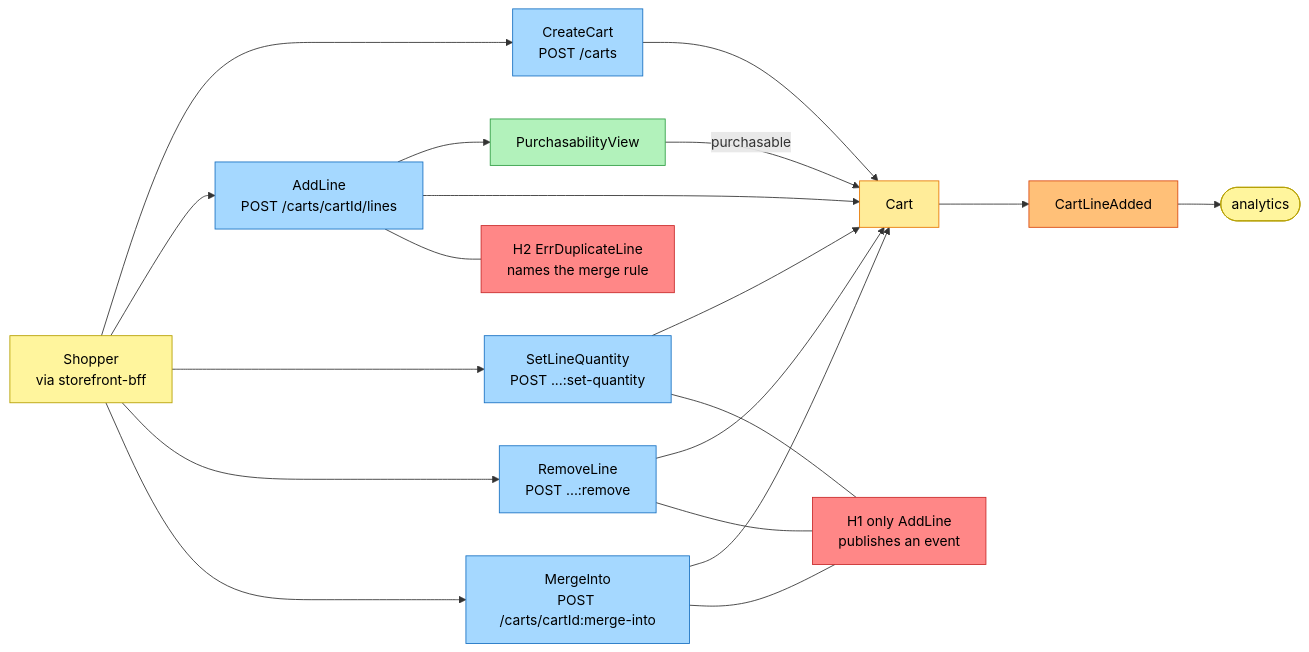
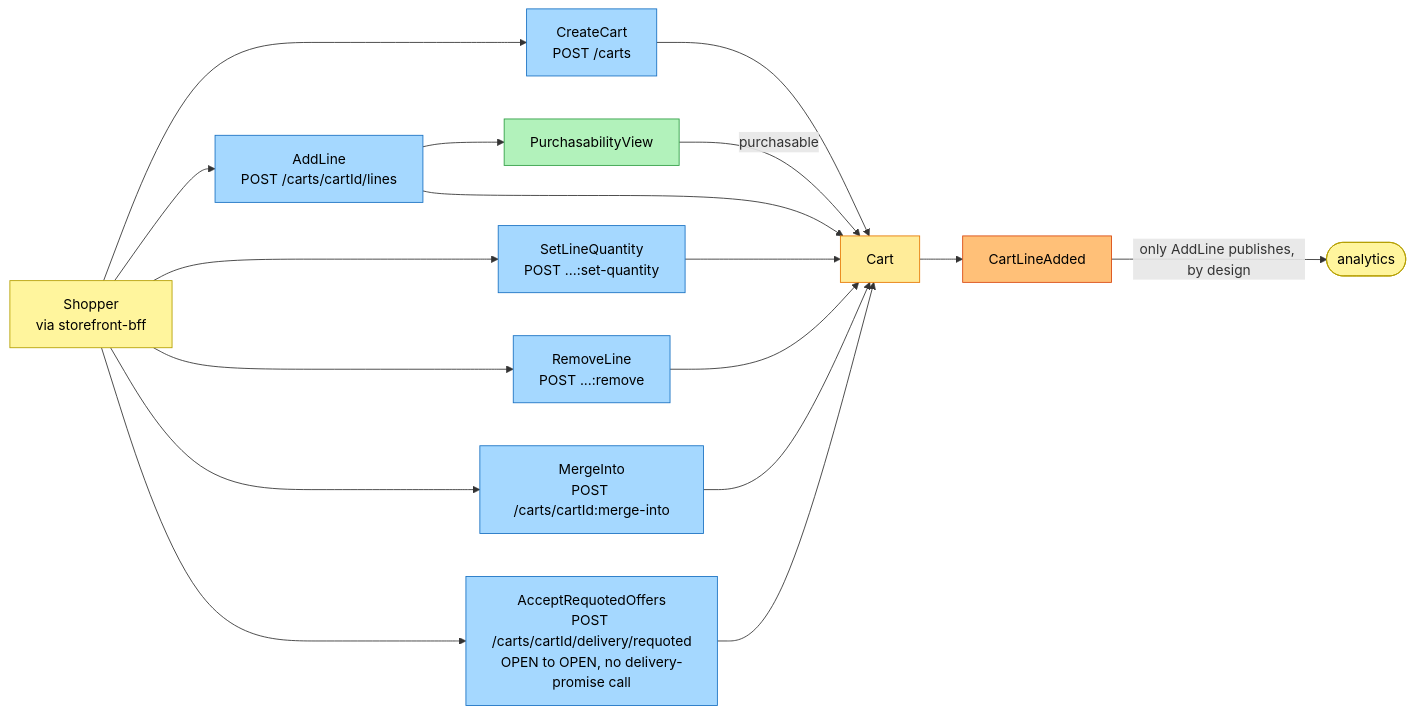
Before and after one commit to IQVO/warehouse-docs: the first of 4 diagrams in storefront/docs/contexts/shopping-cart/eventstorming.md, drawn with Mermaid. The commit also changed other lines of this file and 16 other files, not shown here.

````diff
--- a/storefront/docs/contexts/shopping-cart/eventstorming.md
+++ b/storefront/docs/contexts/shopping-cart/eventstorming.md
@@ -37,41 +37,38 @@
 ```mermaid
 flowchart LR
     S["Shopper<br/>via storefront-bff"]:::actor
     C0["CreateCart<br/>POST /carts"]:::command
     C1["AddLine<br/>POST /carts/cartId/lines"]:::command
     C2["SetLineQuantity<br/>POST ...:set-quantity"]:::command
     C3["RemoveLine<br/>POST ...:remove"]:::command
     C4["MergeInto<br/>POST /carts/cartId:merge-into"]:::command
+    C4b["AcceptRequotedOffers<br/>POST /carts/cartId/delivery/requoted<br/>OPEN to OPEN, no delivery-promise call"]:::command
     RM0["PurchasabilityView"]:::readmodel
     G1["Cart"]:::aggregate
     E1["CartLineAdded"]:::event
     AN(["analytics"]):::actor
-    H1["H1 only AddLine<br/>publishes an event"]:::hotspot
-    H2["H2 ErrDuplicateLine<br/>names the merge rule"]:::hotspot
 
     S --> C0
     S --> C1
     S --> C2
     S --> C3
     S --> C4
+    S --> C4b
     C1 --> RM0
     RM0 -->|purchasable| G1
     C0 --> G1
     C1 --> G1
     C2 --> G1
     C3 --> G1
     C4 --> G1
+    C4b --> G1
     G1 --> E1
-    E1 --> AN
-    C2 --- H1
-    C3 --- H1
-    C4 --- H1
-    C1 --- H2
+    E1 -->|only AddLine publishes, by design| AN
 
     classDef actor fill:#fff59d,stroke:#b59f00,color:#000
     classDef command fill:#a5d8ff,stroke:#1971c2,color:#000
     classDef aggregate fill:#ffec99,stroke:#e67700,color:#000
     classDef event fill:#ffc078,stroke:#d9480f,color:#000
     classDef readmodel fill:#b2f2bb,stroke:#2f9e44,color:#000
     classDef hotspot fill:#ff8787,stroke:#c92a2a,color:#000
 ```
````
